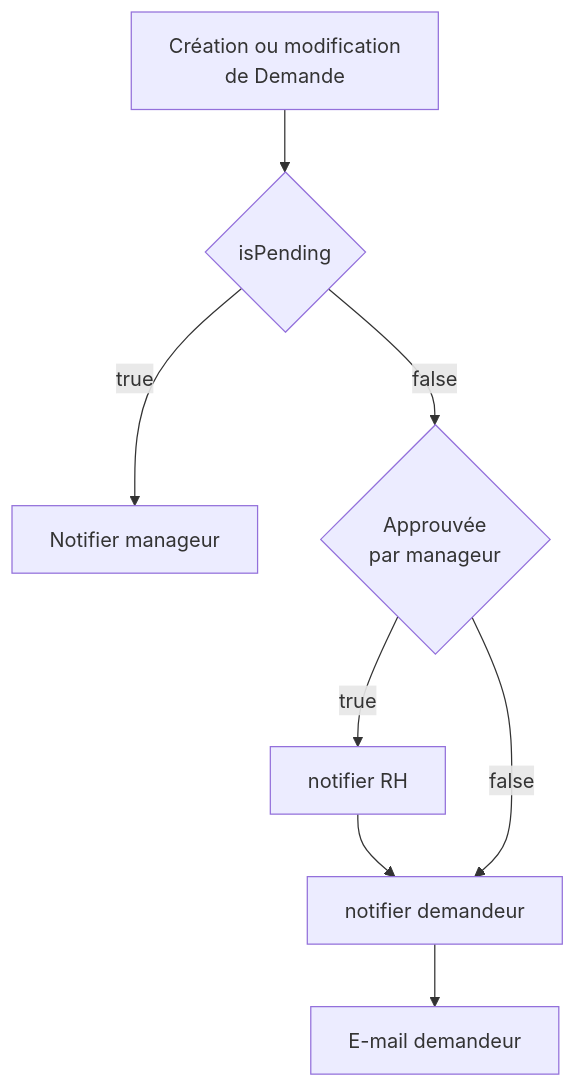
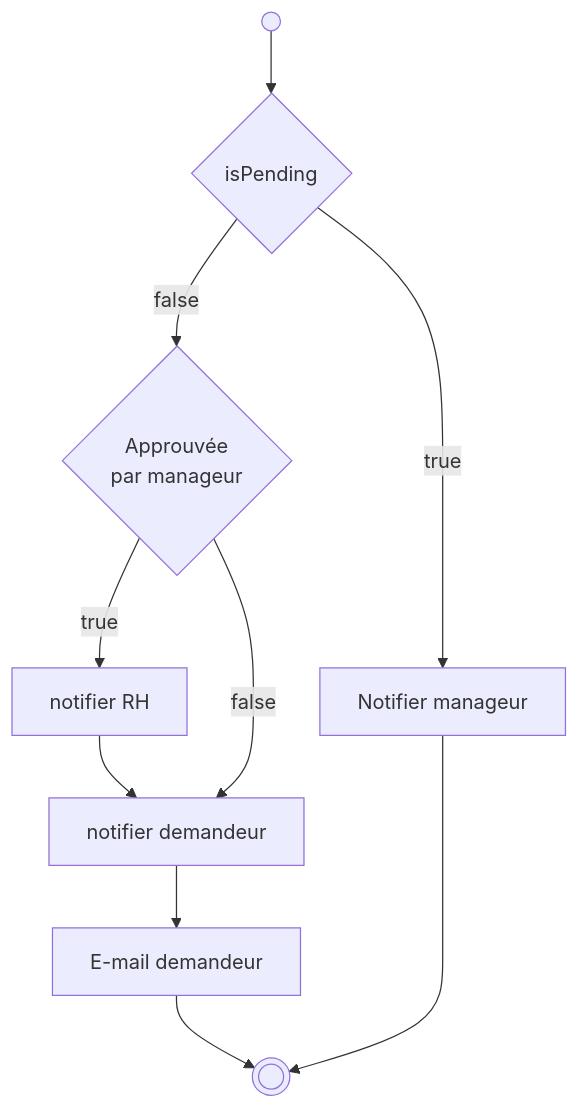
One commit to Houda-El-Bekkari/portail-conges changed the third of 3 diagrams in __documentations/technical_documentation.md. Above: the diagram before and after it, drawn with Mermaid. The commit also changed 2 other files, not shown here.

Commit message:
checkpoint

````diff
--- a/__documentations/technical_documentation.md
+++ b/__documentations/technical_documentation.md
@@ -383,18 +383,21 @@
 ```mermaid
 graph
     start[Création ou modification <br>de Demande]
     status-1{isPending}
+    status-2{Approuvée <br>par manageur}
     N-M[Notifier manageur]
-    status-2{Approuvée <br>par manageur}
     N-RH[notifier RH]
     N-E[notifier demandeur]
     Email-E[E-mail demandeur]
+    End((( )))
 
-    start --> status-1
-    status-1 --true--> N-M
+    start(( )) --> status-1
     status-1 --false--> status-2
     status-2 --true--> N-RH
     N-RH --> N-E
     status-2 --false--> N-E
     N-E --> Email-E
+    status-1 --true--> N-M
+    Email-E --> End
+    N-M ---->End
 ```
````
